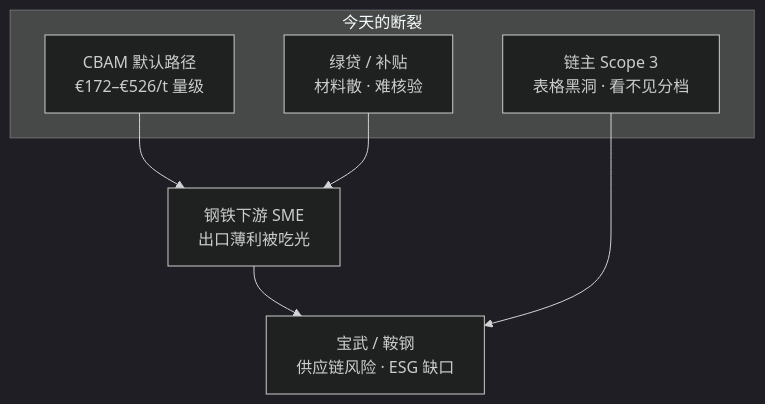
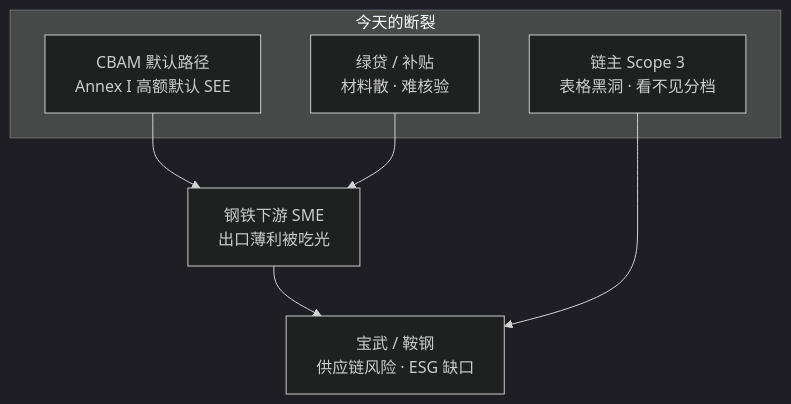
One commit to pennythewise/GreenGru changed the first of 10 diagrams in README.md. Above: the diagram before and after it, drawn with Mermaid (dark theme). The commit also changed other lines of this file and 20 other files, not shown here.

````diff
--- a/README.md
+++ b/README.md
@@ -35,12 +35,12 @@
 ```mermaid
 flowchart TB
   subgraph PAIN["今天的断裂"]
-    CBAM["CBAM 默认路径<br/>€172–€526/t 量级"]
+    CBAM["CBAM 默认路径<br/>Annex I 高额默认 SEE"]
     LOAN["绿贷 / 补贴<br/>材料散 · 难核验"]
     S3["链主 Scope 3<br/>表格黑洞 · 看不见分档"]
   end
   CBAM --> SME["钢铁下游 SME<br/>出口薄利被吃光"]
   LOAN --> SME
   SME --> ANCHOR["宝武 / 鞍钢<br/>供应链风险 · ESG 缺口"]
   S3 --> ANCHOR
 ```
````
